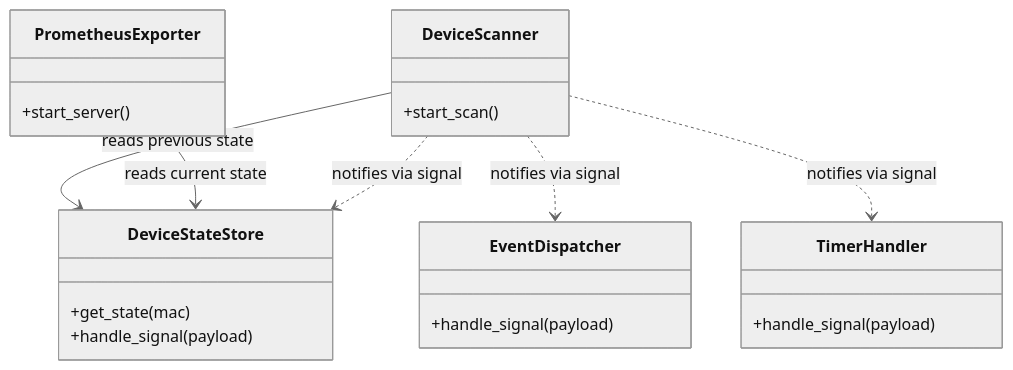
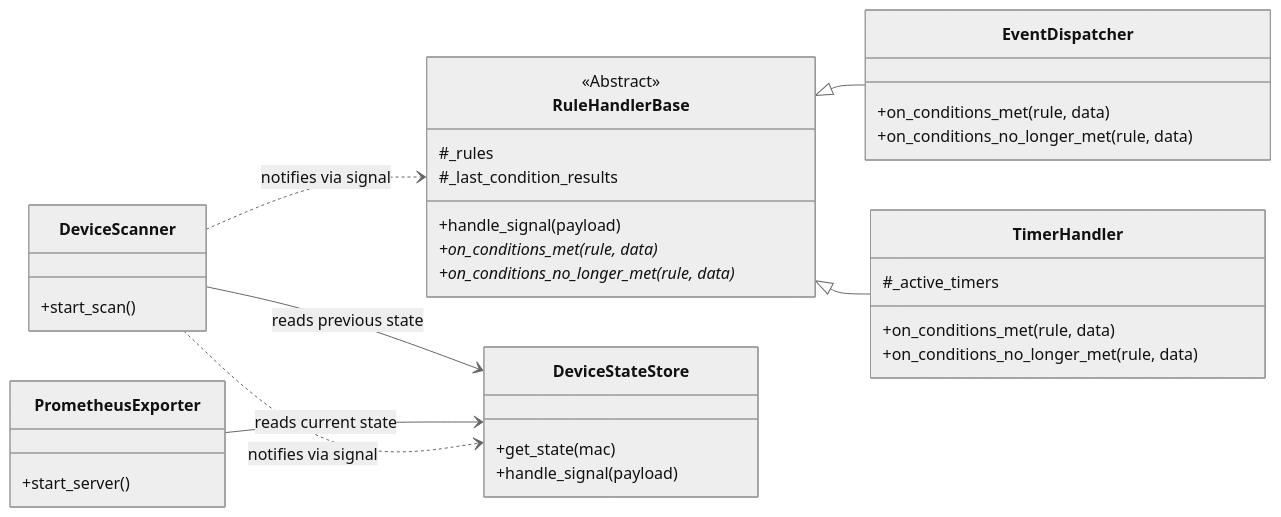
One commit to hnw/switchbot-actions changed the diagram in docs/specification.md. Above: the diagram before and after it, drawn with Mermaid (neutral theme). The commit also changed other lines of this file and 10 other files, not shown here.

`````diff
--- a/docs/specification.md
+++ b/docs/specification.md
@@ -21,26 +21,40 @@
 ```mermaid
 classDiagram
+    direction LR
+    class RuleHandlerBase {
+        <<Abstract>>
+        #_rules
+        #_last_condition_results
+        +handle_signal(payload)
+        +on_conditions_met(rule, data)*
+        +on_conditions_no_longer_met(rule, data)*
+    }
+    class EventDispatcher {
+        +on_conditions_met(rule, data)
+        +on_conditions_no_longer_met(rule, data)
+    }
+    class TimerHandler {
+        #_active_timers
+        +on_conditions_met(rule, data)
+        +on_conditions_no_longer_met(rule, data)
+    }
     class DeviceScanner {
         +start_scan()
     }
     class DeviceStateStore {
         +get_state(mac)
         +handle_signal(payload)
     }
-    class EventDispatcher {
-        +handle_signal(payload)
-    }
-    class TimerHandler {
-        +handle_signal(payload)
-    }
     class PrometheusExporter{
         +start_server()
     }
 
+    RuleHandlerBase <|-- EventDispatcher
+    RuleHandlerBase <|-- TimerHandler
+
     DeviceScanner --> DeviceStateStore : reads previous state
     PrometheusExporter --> DeviceStateStore : reads current state
     
-    DeviceScanner ..> EventDispatcher : notifies via signal
+    DeviceScanner ..> RuleHandlerBase : notifies via signal
     DeviceScanner ..> DeviceStateStore : notifies via signal
-    DeviceScanner ..> TimerHandler : notifies via signal
-````
+```
`````
